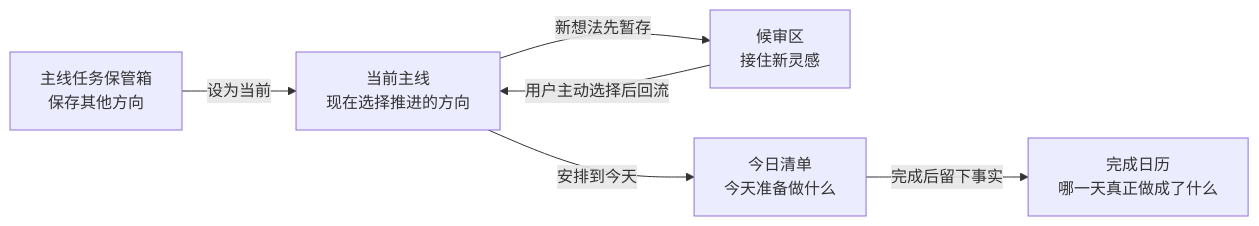
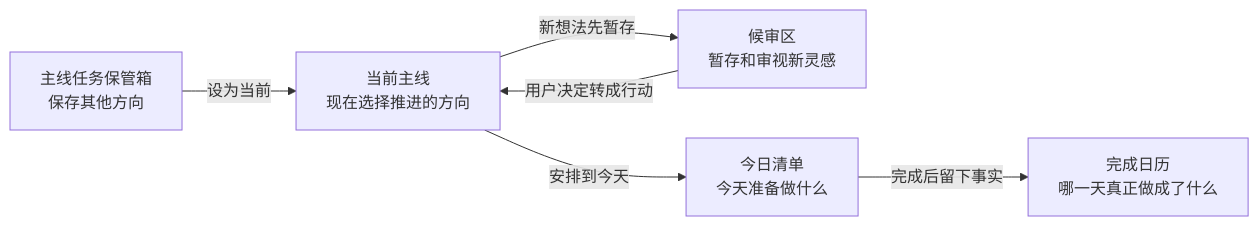
The diagram in README.md (TANGuoGUO/entp-manual), drawn with Mermaid before and after one commit. The commit also changed other lines of this file, not shown here.

````diff
--- a/README.md
+++ b/README.md
@@ -86,14 +99,14 @@
 ```mermaid
 flowchart LR
     A["当前主线<br>现在选择推进的方向"]
     B["主线任务保管箱<br>保存其他方向"]
-    C["候审区<br>接住新灵感"]
+    C["候审区<br>暂存和审视新灵感"]
     D["今日清单<br>今天准备做什么"]
     E["完成日历<br>哪一天真正做成了什么"]
 
     B -->|设为当前| A
     A -->|新想法先暂存| C
-    C -->|用户主动选择后回流| A
+    C -->|用户决定转成行动| A
     A -->|安排到今天| D
     D -->|完成后留下事实| E
 ```
````
